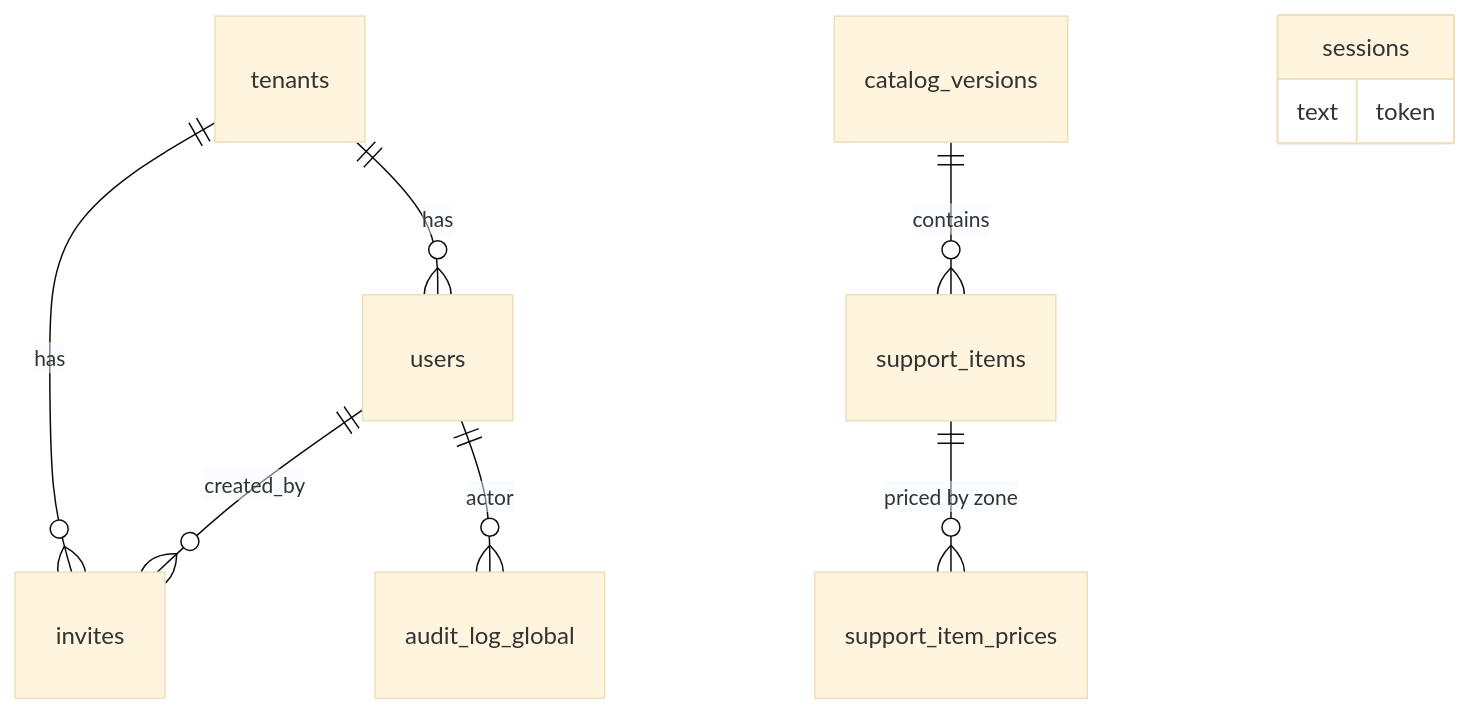
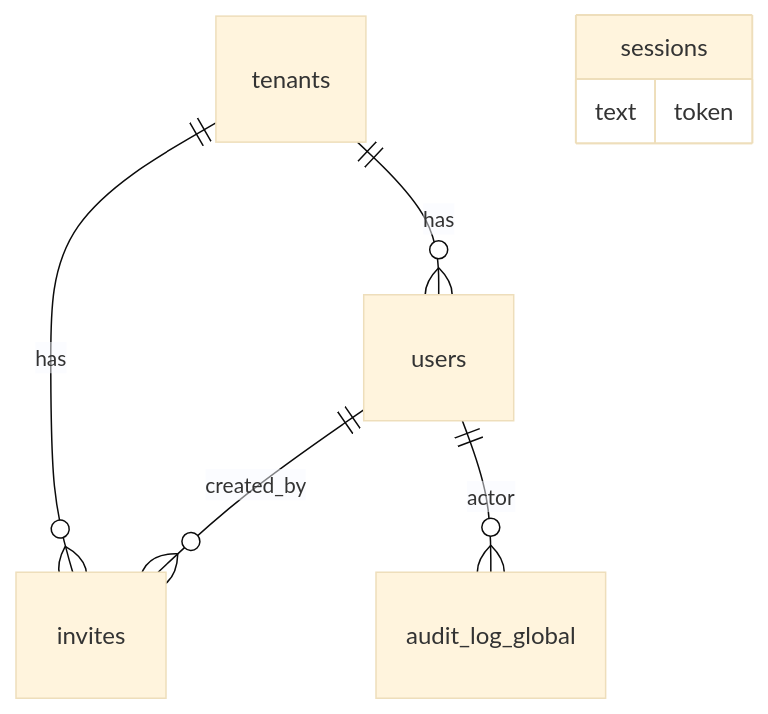
The first of 2 diagrams in docs/superpowers/specs/2026-06-21-sqlite-db-per-tenant-design.md (dknathalage/tallyo), drawn with Mermaid (base theme) before and after one commit. The commit also changed other lines of this file and 2 other files, not shown here.

````diff
--- a/docs/superpowers/specs/2026-06-21-sqlite-db-per-tenant-design.md
+++ b/docs/superpowers/specs/2026-06-21-sqlite-db-per-tenant-design.md
@@ -74,12 +83,10 @@
 ```mermaid
 erDiagram
     tenants ||--o{ users : has
     tenants ||--o{ invites : has
     users ||--o{ invites : "created_by"
-    catalog_versions ||--o{ support_items : contains
-    support_items ||--o{ support_item_prices : "priced by zone"
     users ||--o{ audit_log_global : "actor"
     sessions {
         text token
     }
 ```
````
